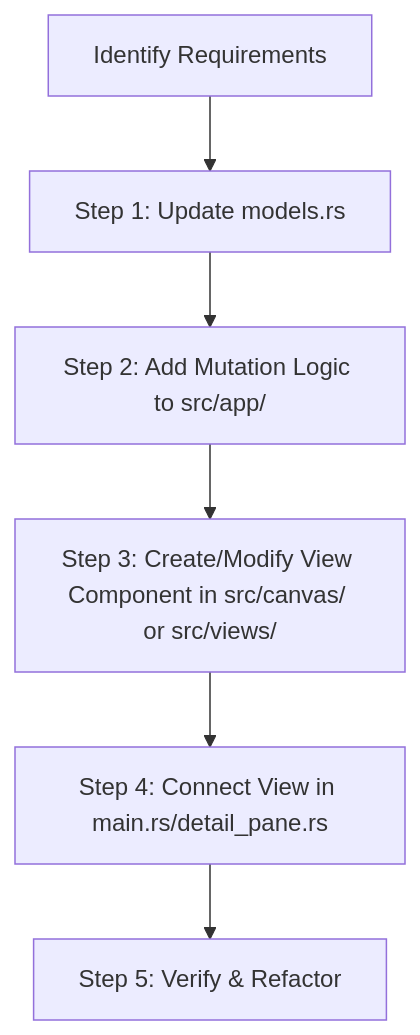
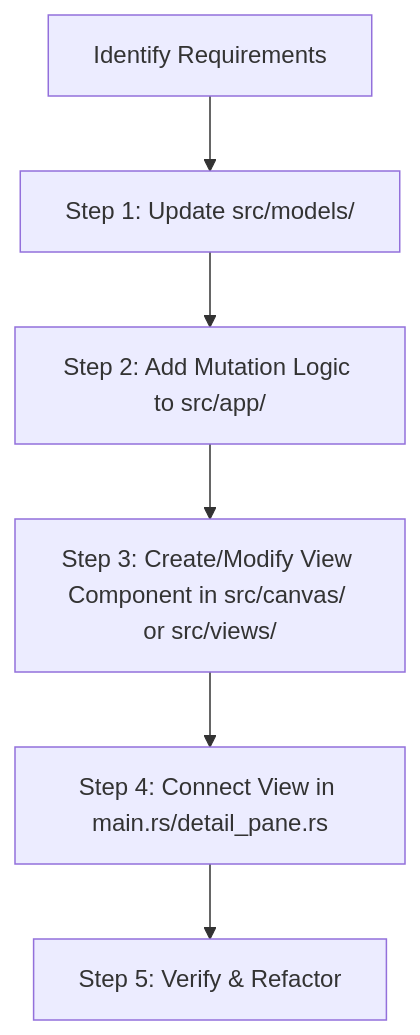
Before and after one commit to sumanta2/todo-app-gpui: the diagram in .agents/AGENTS.md, drawn with Mermaid. The commit also changed other lines of this file and 30 other files, not shown here.

````diff
--- a/.agents/AGENTS.md
+++ b/.agents/AGENTS.md
@@ -78,8 +90,8 @@
 ```mermaid
 graph TD
-    A[Identify Requirements] --> B[Step 1: Update models.rs]
+    A[Identify Requirements] --> B[Step 1: Update src/models/]
     B --> C[Step 2: Add Mutation Logic to src/app/]
     C --> D[Step 3: Create/Modify View Component in src/canvas/ or src/views/]
     D --> E[Step 4: Connect View in main.rs/detail_pane.rs]
     E --> F[Step 5: Verify & Refactor]
 ```
````
